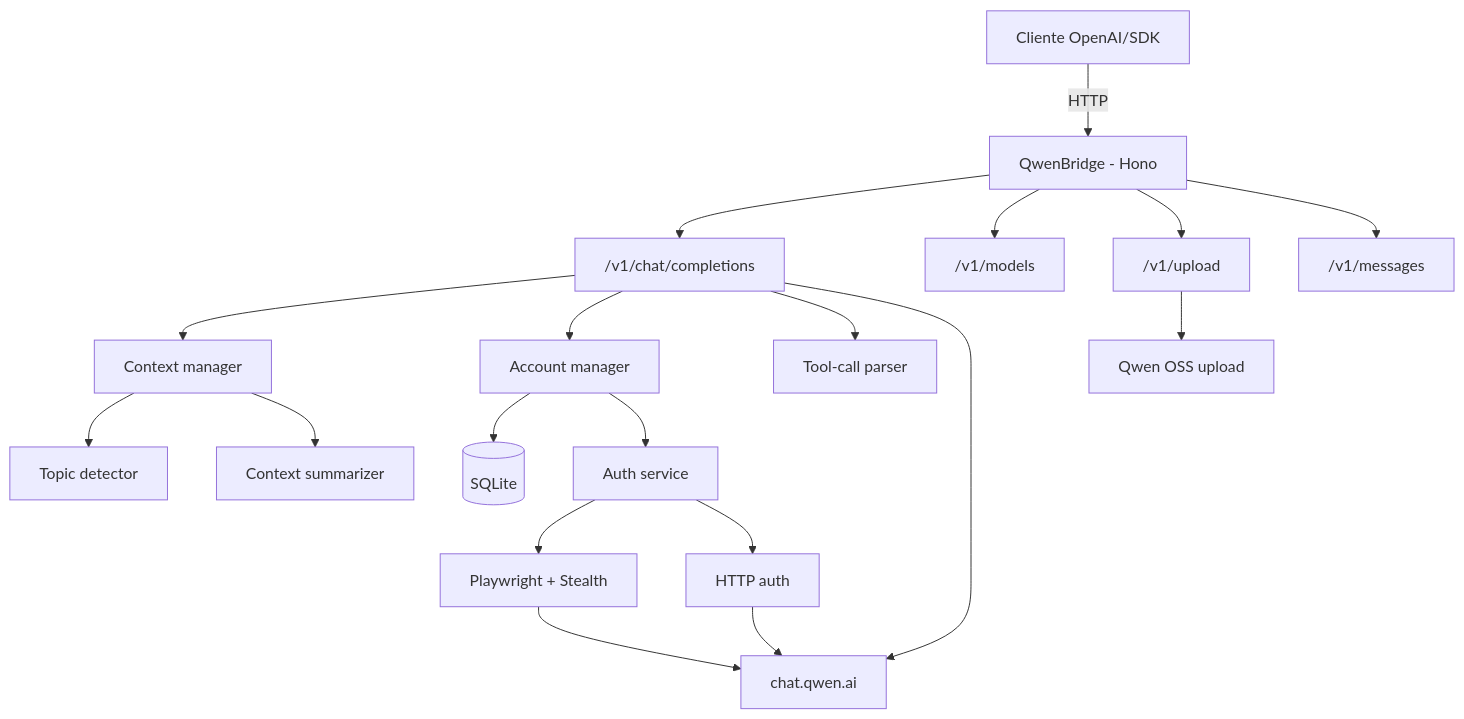
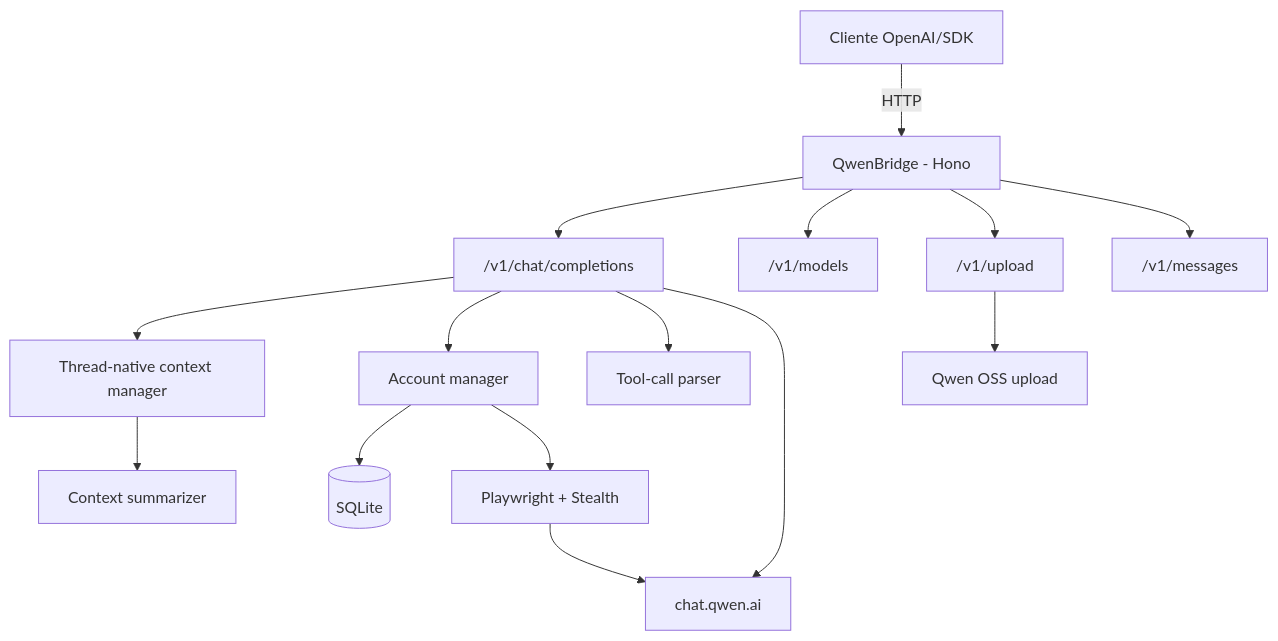
One commit to johngbl/qwenproxy changed the diagram in README.md. Above: the diagram before and after it, drawn with Mermaid. The commit also changed other lines of this file and 40 other files, not shown here.

````diff
--- a/README.md
+++ b/README.md
@@ -34,21 +34,17 @@
 ```mermaid
 flowchart TD
     Client["Cliente OpenAI/SDK"] -->|HTTP| Proxy["QwenBridge - Hono"]
     Proxy --> Chat["/v1/chat/completions"]
     Proxy --> Models["/v1/models"]
     Proxy --> Upload["/v1/upload"]
     Proxy --> Anthropic["/v1/messages"]
-    Chat --> Context["Context manager"]
-    Context --> Topic["Topic detector"]
+    Chat --> Context["Thread-native context manager"]
     Context --> Summary["Context summarizer"]
     Chat --> Accounts["Account manager"]
     Accounts --> DB[("SQLite")]
-    Accounts --> Auth["Auth service"]
-    Auth --> Playwright["Playwright + Stealth"]
-    Auth --> HTTP["HTTP auth"]
+    Accounts --> Playwright["Playwright + Stealth"]
     Playwright --> Qwen
-    HTTP --> Qwen
     Chat --> Parser["Tool-call parser"]
     Chat --> Qwen["chat.qwen.ai"]
     Upload --> OSS["Qwen OSS upload"]
 ```
````
